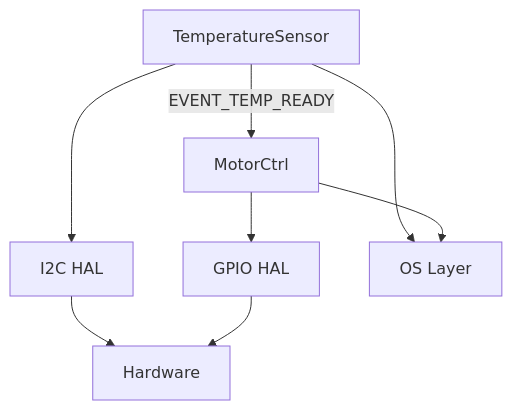
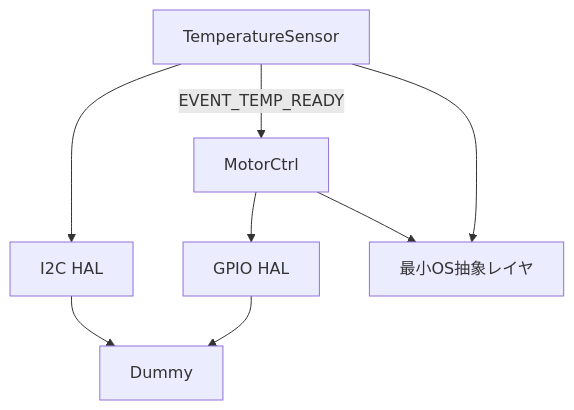
The diagram in Diagram/Flowchart.md (amdracat/SimpleEmbeddedOSInterface), drawn with Mermaid before and after one commit.

Commit message:
図修正

````diff
--- a/Diagram/Flowchart.md
+++ b/Diagram/Flowchart.md
@@ -1,10 +1,10 @@
 ```mermaid
 flowchart TD
     A[TemperatureSensor] -->|EVENT_TEMP_READY| B[MotorCtrl]
     A --> C[I2C HAL]
     B --> D[GPIO HAL]
-    C --> E[Hardware]
-    D --> E
-    A --> F[OS Layer]
+    D --> G[Dummy]
+    C --> G
+    A --> F[最小OS抽象レイヤ]
     B --> F
 ```
````
